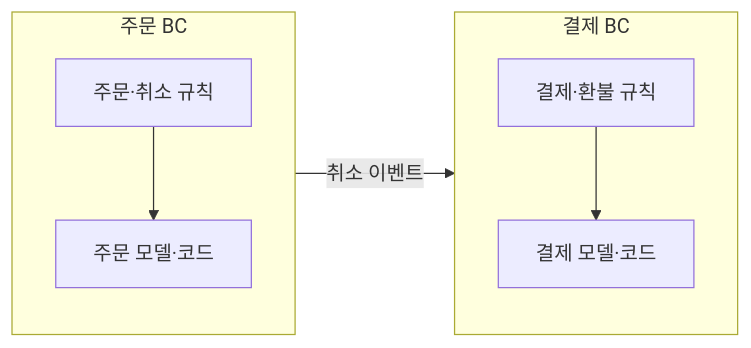
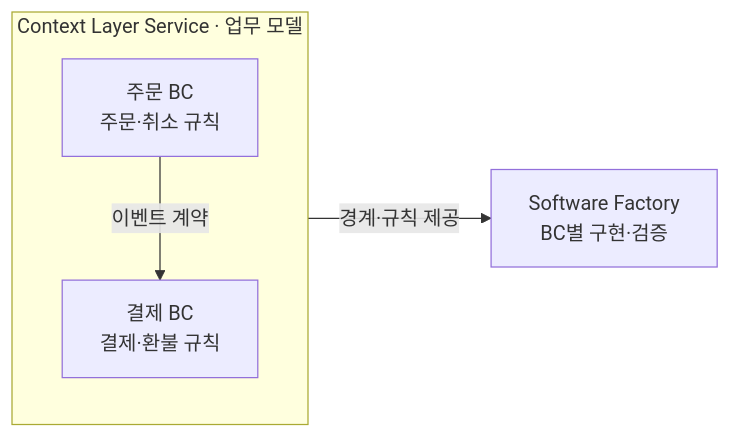
The second of 6 diagrams in _posts/2026-11-05-enterprise-wide-ax-essentials.md (haandol/haandol.github.com), drawn with Mermaid before and after one commit. The commit also changed other lines of this file and 5 other files, not shown here.

````diff
--- a/_posts/2026-11-05-enterprise-wide-ax-essentials.md
+++ b/_posts/2026-11-05-enterprise-wide-ax-essentials.md
@@ -84,12 +88,7 @@
 ```mermaid
 flowchart LR
-  subgraph O["주문 BC"]
-    direction TB
-    OR["주문·취소 규칙"] --> OC["주문 모델·코드"]
+  subgraph K["Context Layer Service · 업무 모델"]
+    O["주문 BC<br/>주문·취소 규칙"] -->|"이벤트 계약"| P["결제 BC<br/>결제·환불 규칙"]
   end
-  subgraph P["결제 BC"]
-    direction TB
-    PR["결제·환불 규칙"] --> PC["결제 모델·코드"]
-  end
-  O -->|"취소 이벤트"| P
+  K -->|"경계·규칙 제공"| F["Software Factory<br/>BC별 구현·검증"]
 ```
````
